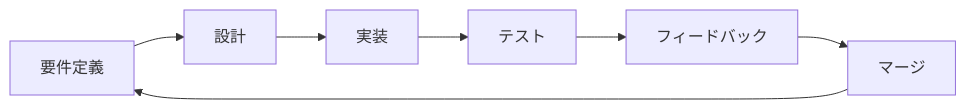
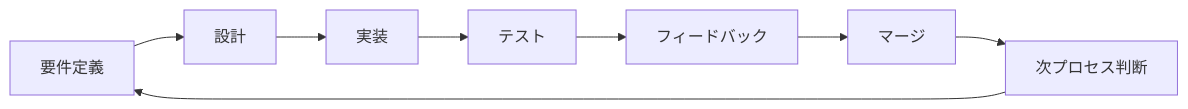
One commit to a-nishioka/docs-vibe-coding-process-definition changed the first of 2 diagrams in CLAUDE.md. Above: the diagram before and after it, drawn with Mermaid. The commit also changed other lines of this file and 5 other files, not shown here.

````diff
--- a/CLAUDE.md
+++ b/CLAUDE.md
@@ -19,5 +19,5 @@
 ```mermaid
 flowchart LR
     A[要件定義] --> B[設計] --> C[実装] --> D[テスト]
-    D --> E[フィードバック] --> F[マージ] --> A
+    D --> E[フィードバック] --> F[マージ] --> G[次プロセス判断] --> A
 ```
````
